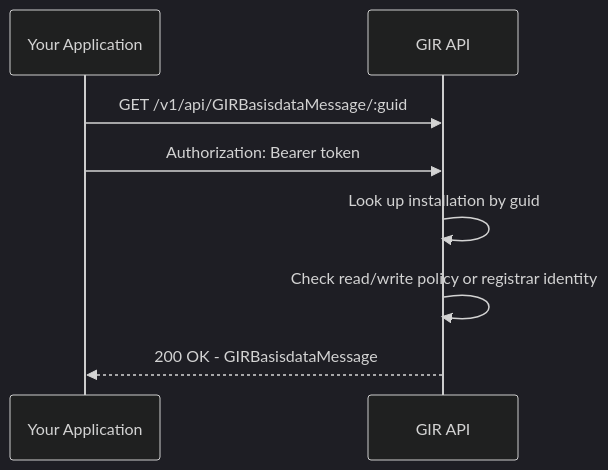
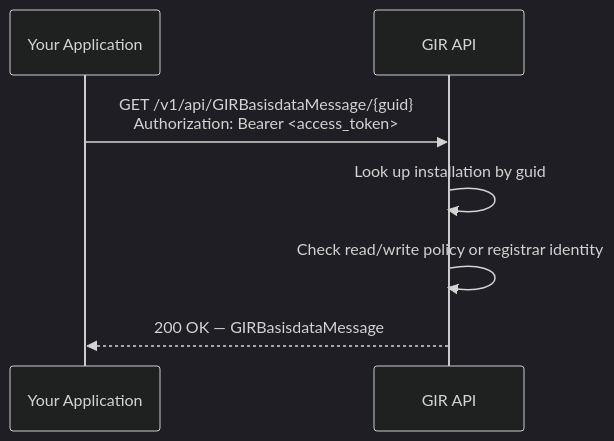
The diagram in gir/retrieve-installation.md (POORT8/Poort8.Docs), drawn with Mermaid (dark theme) before and after one commit. The commit also changed 6 other files, not shown here.

````diff
--- a/gir/retrieve-installation.md
+++ b/gir/retrieve-installation.md
@@ -16,11 +16,10 @@
 ```mermaid
 sequenceDiagram
     participant App as Your Application
     participant GIR as GIR API
 
-  App->>GIR: GET /v1/api/GIRBasisdataMessage/:guid
-  App->>GIR: Authorization: Bearer token
+    App->>GIR: GET /v1/api/GIRBasisdataMessage/{guid}<br/>Authorization: Bearer <access_token>
     GIR->>GIR: Look up installation by guid
-  GIR->>GIR: Check read/write policy or registrar identity
-  GIR-->>App: 200 OK - GIRBasisdataMessage
+    GIR->>GIR: Check read/write policy or registrar identity
+    GIR-->>App: 200 OK — GIRBasisdataMessage
 ```
````
